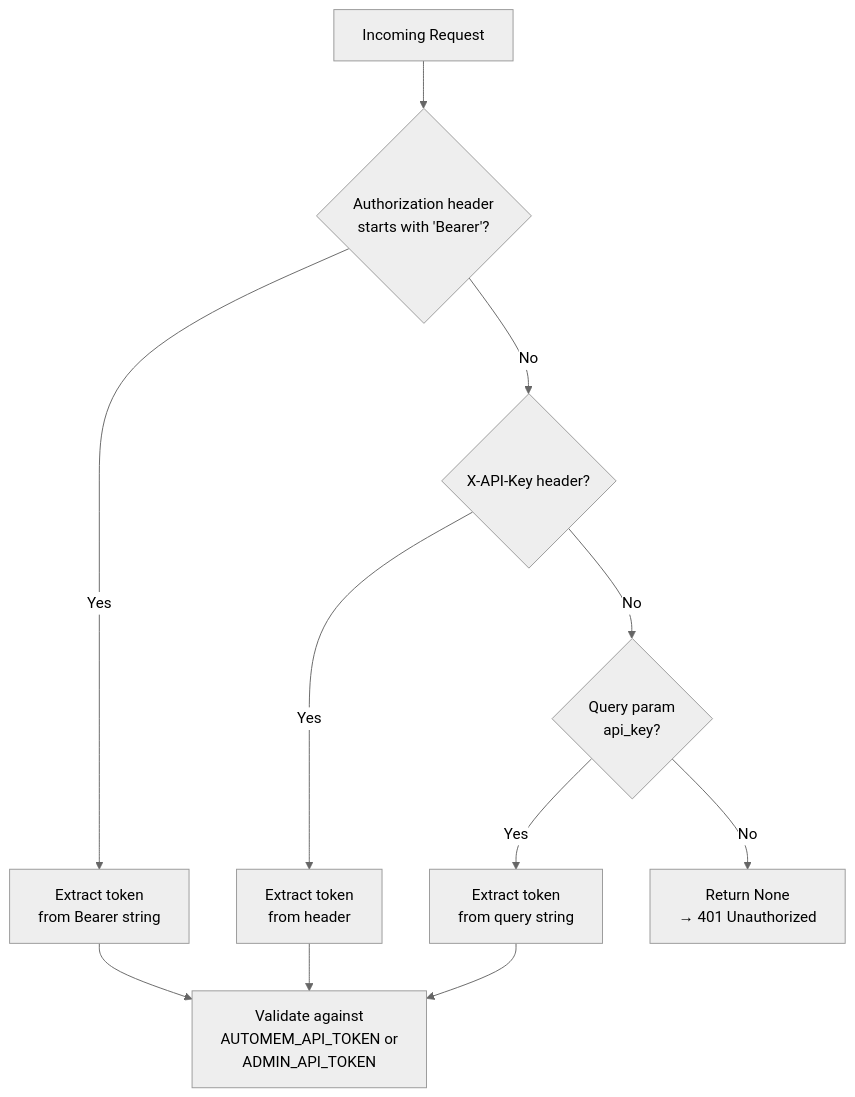
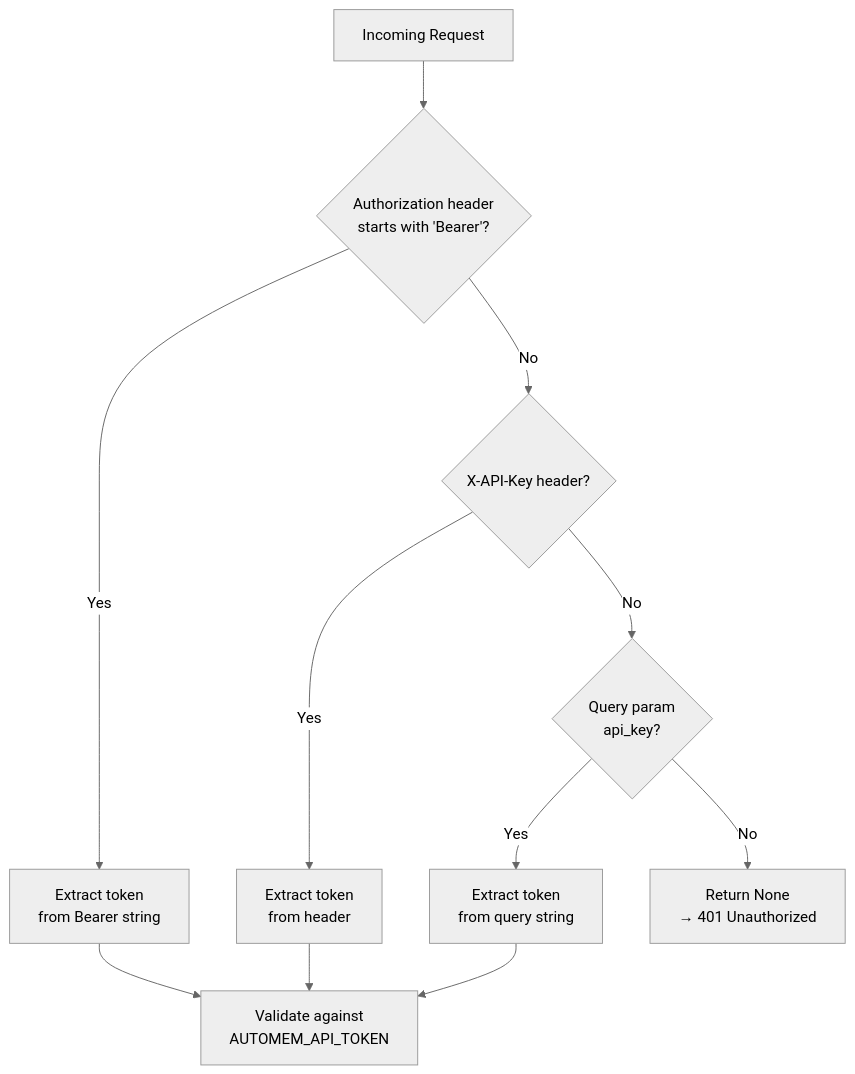
The first of 3 diagrams in src/content/docs/docs/reference/authentication.md (verygoodplugins/automem-website), drawn with Mermaid (neutral theme) before and after one commit. The commit also changed other lines of this file and 2 other files, not shown here.

First line of the commit message:
docs: correct admin API reembed, sync and circuit details, add entity admin routes (#426)

````diff
--- a/src/content/docs/docs/reference/authentication.md
+++ b/src/content/docs/docs/reference/authentication.md
@@ -27,30 +27,30 @@
 ```mermaid
 graph TD
     Request["Incoming Request"]
 
     CheckBearer{"Authorization header<br/>starts with 'Bearer'?"}
     ExtractBearer["Extract token<br/>from Bearer string"]
 
     CheckCustomHeader{"X-API-Key header?"}
     ExtractHeader["Extract token<br/>from header"]
 
     CheckQuery{"Query param<br/>api_key?"}
     ExtractQuery["Extract token<br/>from query string"]
 
     NoToken["Return None<br/>→ 401 Unauthorized"]
-    ValidateToken["Validate against<br/>AUTOMEM_API_TOKEN or<br/>ADMIN_API_TOKEN"]
+    ValidateToken["Validate against<br/>AUTOMEM_API_TOKEN"]
 
     Request --> CheckBearer
     CheckBearer -->|Yes| ExtractBearer
     CheckBearer -->|No| CheckCustomHeader
 
     CheckCustomHeader -->|Yes| ExtractHeader
     CheckCustomHeader -->|No| CheckQuery
 
     CheckQuery -->|Yes| ExtractQuery
     CheckQuery -->|No| NoToken
 
     ExtractBearer --> ValidateToken
     ExtractHeader --> ValidateToken
     ExtractQuery --> ValidateToken
 ```
````
